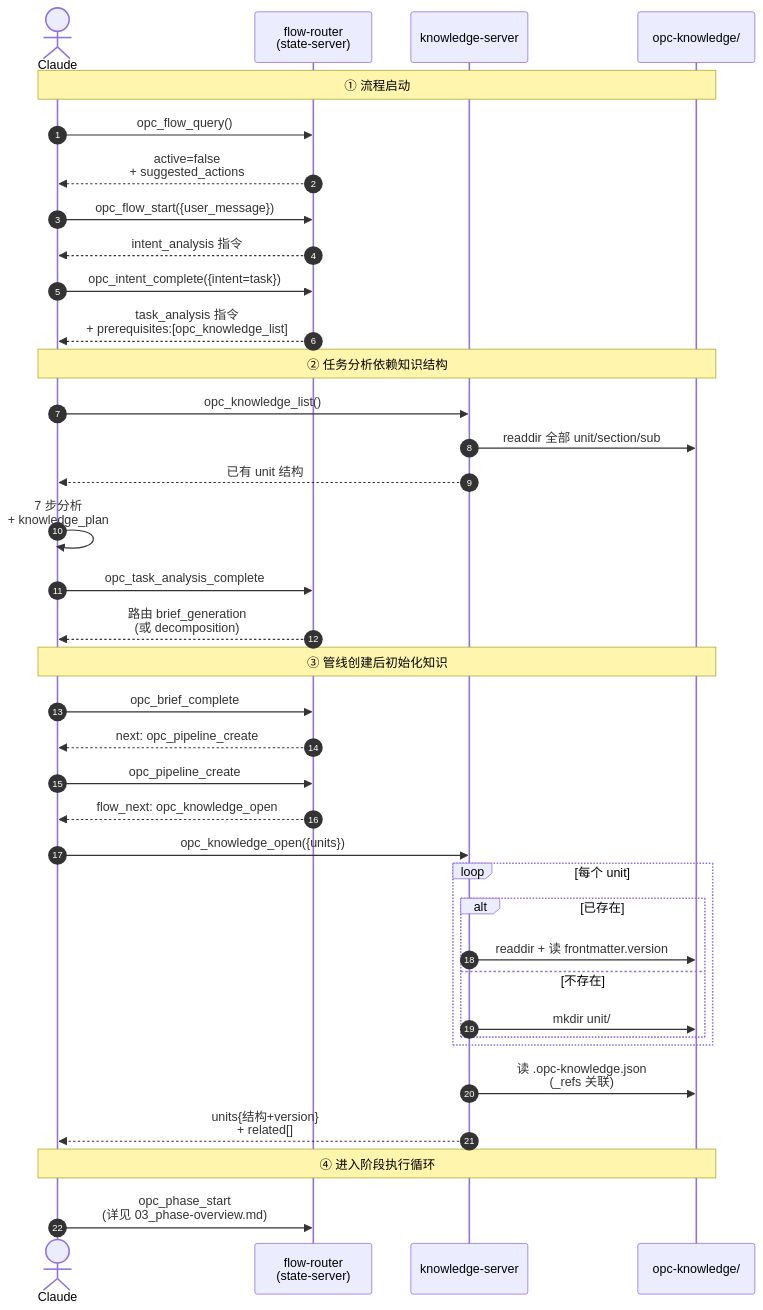
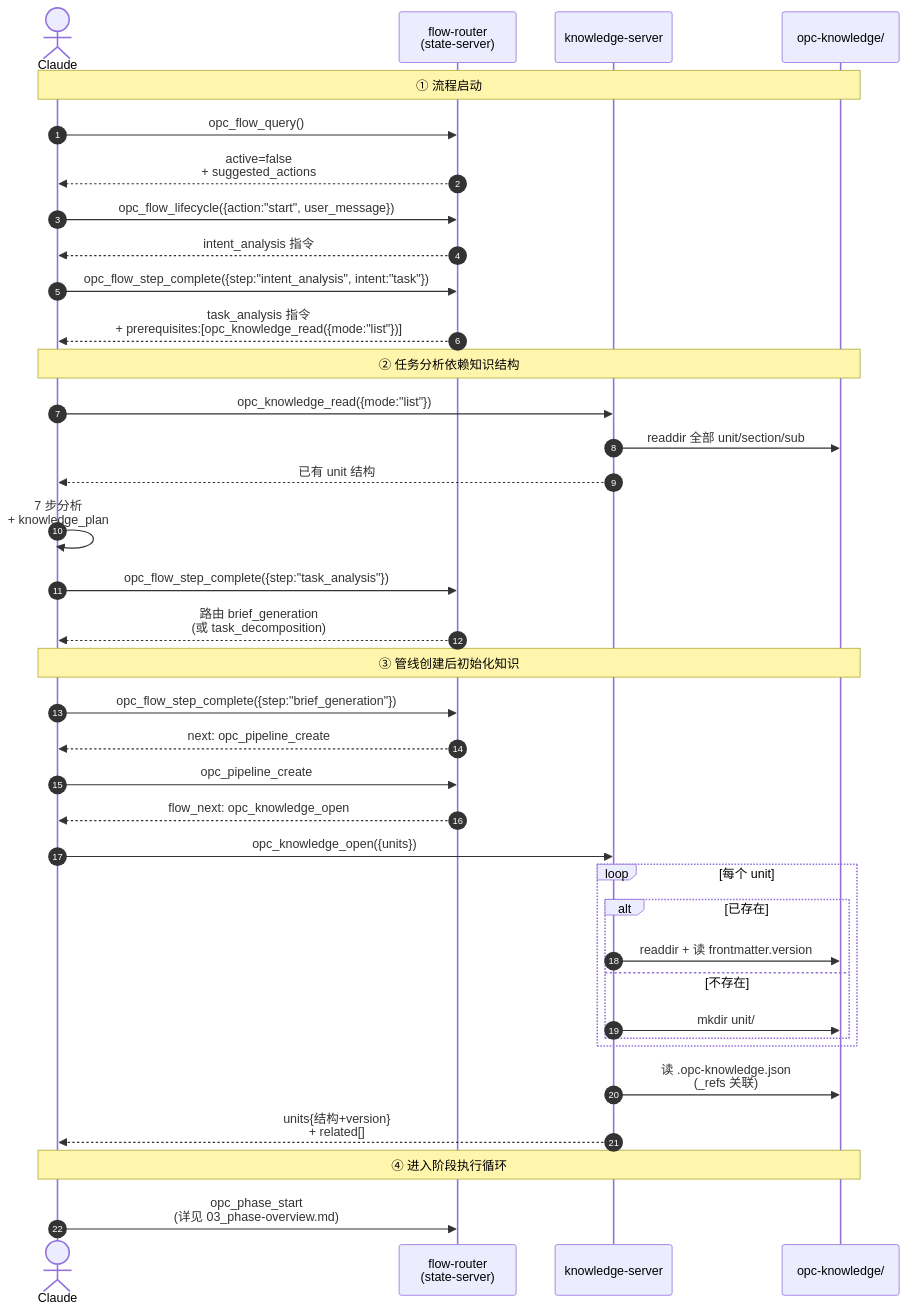
One commit to CaffeineOddity/opc-marketplace changed the first of 2 diagrams in doc/feature/03-opc-knowledge-server/02-knowledge-api/00_overview.md. Above: the diagram before and after it, drawn with Mermaid. The commit also changed other lines of this file and 16 other files, not shown here.

First line of the commit message:
docs(M17.j): rewrite 03-opc-knowledge-server + 05-opc-reflection-server for consolidated tool surface

````diff
--- a/doc/feature/03-opc-knowledge-server/02-knowledge-api/00_overview.md
+++ b/doc/feature/03-opc-knowledge-server/02-knowledge-api/00_overview.md
@@ -13,45 +15,45 @@
 ```mermaid
 sequenceDiagram
     autonumber
     actor C as Claude
     participant F as flow-router<br/>(state-server)
     participant KS as knowledge-server
     participant FS as opc-knowledge/
 
     Note over C,FS: ① 流程启动
     C->>F: opc_flow_query()
     F-->>C: active=false<br/>+ suggested_actions
-    C->>F: opc_flow_start({user_message})
+    C->>F: opc_flow_lifecycle({action:"start", user_message})
     F-->>C: intent_analysis 指令
-    C->>F: opc_intent_complete({intent=task})
-    F-->>C: task_analysis 指令<br/>+ prerequisites:[opc_knowledge_list]
+    C->>F: opc_flow_step_complete({step:"intent_analysis", intent:"task"})
+    F-->>C: task_analysis 指令<br/>+ prerequisites:[opc_knowledge_read({mode:"list"})]
 
     Note over C,FS: ② 任务分析依赖知识结构
-    C->>KS: opc_knowledge_list()
+    C->>KS: opc_knowledge_read({mode:"list"})
     KS->>FS: readdir 全部 unit/section/sub
     KS-->>C: 已有 unit 结构
 
     C->>C: 7 步分析<br/>+ knowledge_plan
-    C->>F: opc_task_analysis_complete
-    F-->>C: 路由 brief_generation<br/>(或 decomposition)
+    C->>F: opc_flow_step_complete({step:"task_analysis"})
+    F-->>C: 路由 brief_generation<br/>(或 task_decomposition)
 
     Note over C,FS: ③ 管线创建后初始化知识
-    C->>F: opc_brief_complete
+    C->>F: opc_flow_step_complete({step:"brief_generation"})
     F-->>C: next: opc_pipeline_create
     C->>F: opc_pipeline_create
     F-->>C: flow_next: opc_knowledge_open
 
     C->>KS: opc_knowledge_open({units})
     loop 每个 unit
         alt 已存在
             KS->>FS: readdir + 读 frontmatter.version
         else 不存在
             KS->>FS: mkdir unit/
         end
     end
     KS->>FS: 读 .opc-knowledge.json<br/>(_refs 关联)
     KS-->>C: units{结构+version}<br/>+ related[]
 
     Note over C,FS: ④ 进入阶段执行循环
     C->>F: opc_phase_start<br/>(详见 03_phase-overview.md)
 ```
````
